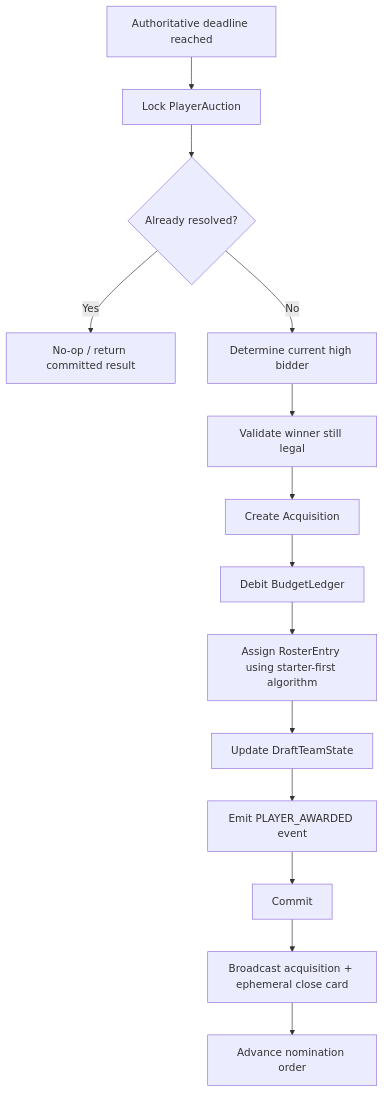
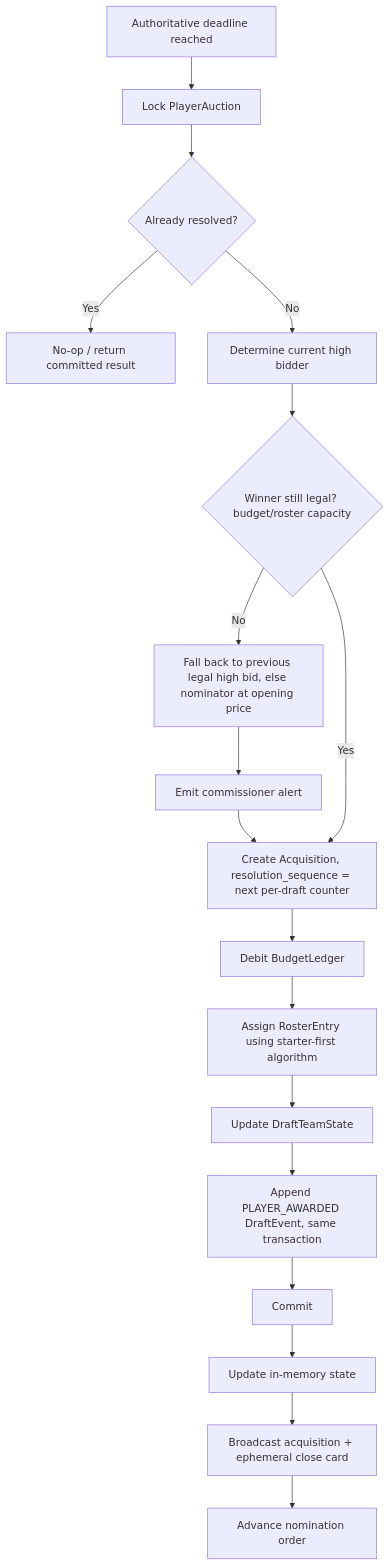
The sixth of 21 diagrams in state-machine-flows.md (maccorless/Draft), drawn with Mermaid before and after one commit. The commit also changed other lines of this file and 5 other files, not shown here.

Commit message:
Council review round 2: fix winner-correction bug, harden auth, crash recovery, and add missing UX flows

````diff
--- a/state-machine-flows.md
+++ b/state-machine-flows.md
@@ -204,16 +209,20 @@
 ```mermaid
 flowchart TD
     A[Authoritative deadline reached] --> B[Lock PlayerAuction]
     B --> C{Already resolved?}
     C -->|Yes| X[No-op / return committed result]
     C -->|No| D[Determine current high bidder]
-    D --> E[Validate winner still legal]
-    E --> F[Create Acquisition]
+    D --> E{Winner still legal? budget/roster capacity}
+    E -->|No| E1[Fall back to previous legal high bid, else nominator at opening price]
+    E1 --> E2[Emit commissioner alert]
+    E2 --> F
+    E -->|Yes| F[Create Acquisition, resolution_sequence = next per-draft counter]
     F --> G[Debit BudgetLedger]
     G --> H[Assign RosterEntry using starter-first algorithm]
     H --> I[Update DraftTeamState]
-    I --> K[Emit PLAYER_AWARDED event]
+    I --> K[Append PLAYER_AWARDED DraftEvent, same transaction]
     K --> L[Commit]
-    L --> M[Broadcast acquisition + ephemeral close card]
+    L --> L2[Update in-memory state]
+    L2 --> M[Broadcast acquisition + ephemeral close card]
     M --> N[Advance nomination order]
 ```
````
